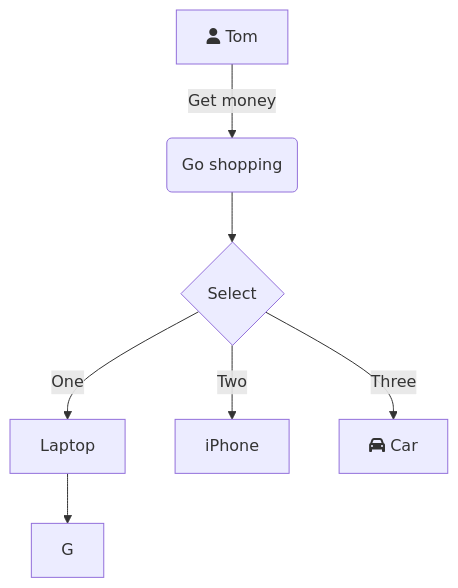
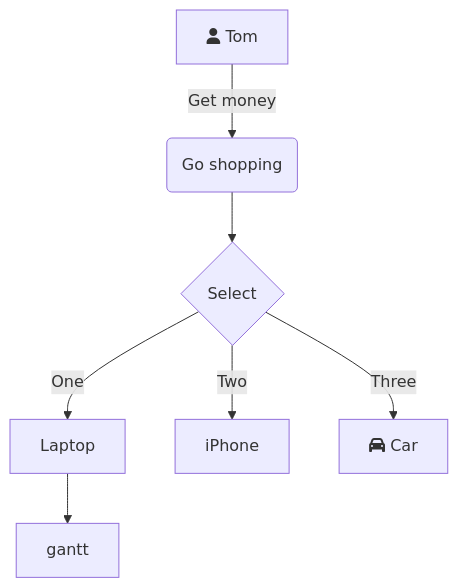
Before and after one commit to hanfeng21050/iodraw-files: the diagram in all/未命名.md, drawn with Mermaid.

Commit message:
2024-07-23 11:07:26 update

````diff
--- a/all/未命名.md
+++ b/all/未命名.md
@@ -1,10 +1,10 @@
 ```mermaid
 graph TD
     A[fa:fa-user Tom] -->|Get money| B(Go shopping)
     B --> C{Select}
     C -->|One| D[Laptop]
     C -->|Two| E[iPhone]
     C -->|Three| F[fa:fa-car Car]
-    D --> G
+    D --> gantt
   
 ```
````
